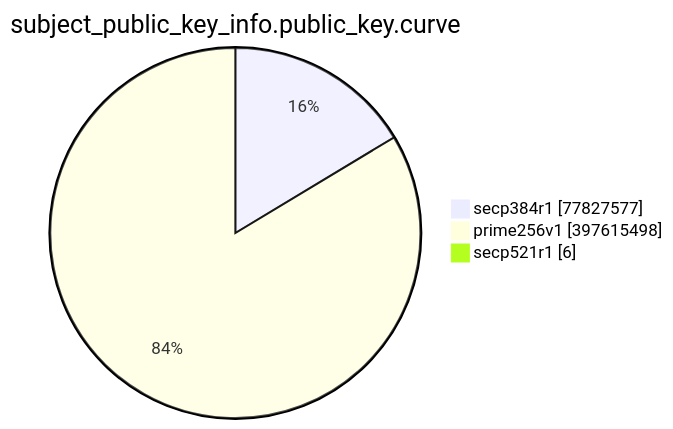
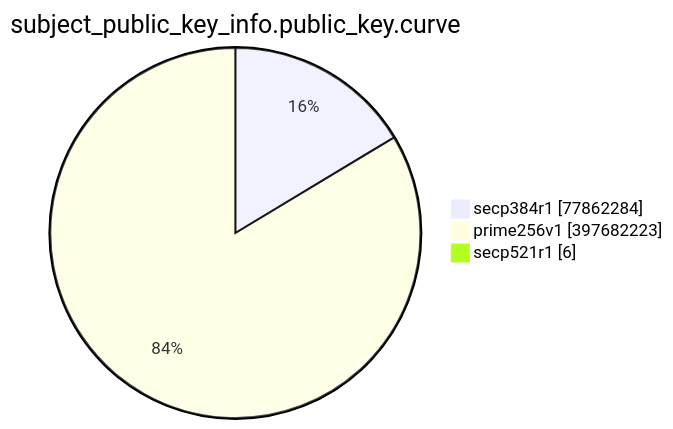
The eighth of 15 diagrams in TOTAL/README.md (christiankrug/ctmonitor_visualization), drawn with Mermaid before and after one commit. The commit also changed other lines of this file, not shown here.

````diff
--- a/TOTAL/README.md
+++ b/TOTAL/README.md
@@ -3095,7 +3095,7 @@
 ```mermaid
 pie showData
 title subject_public_key_info.public_key.curve
-"secp384r1" :77827577
-"prime256v1" :397615498
+"secp384r1" :77862284
+"prime256v1" :397682223
 "secp521r1" :6
 ```
````
